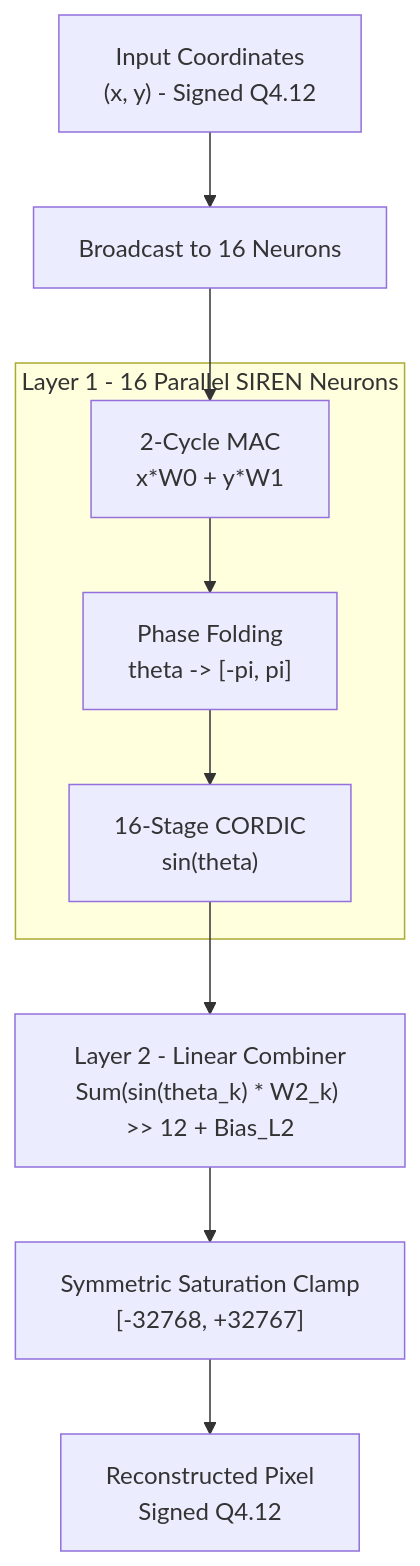
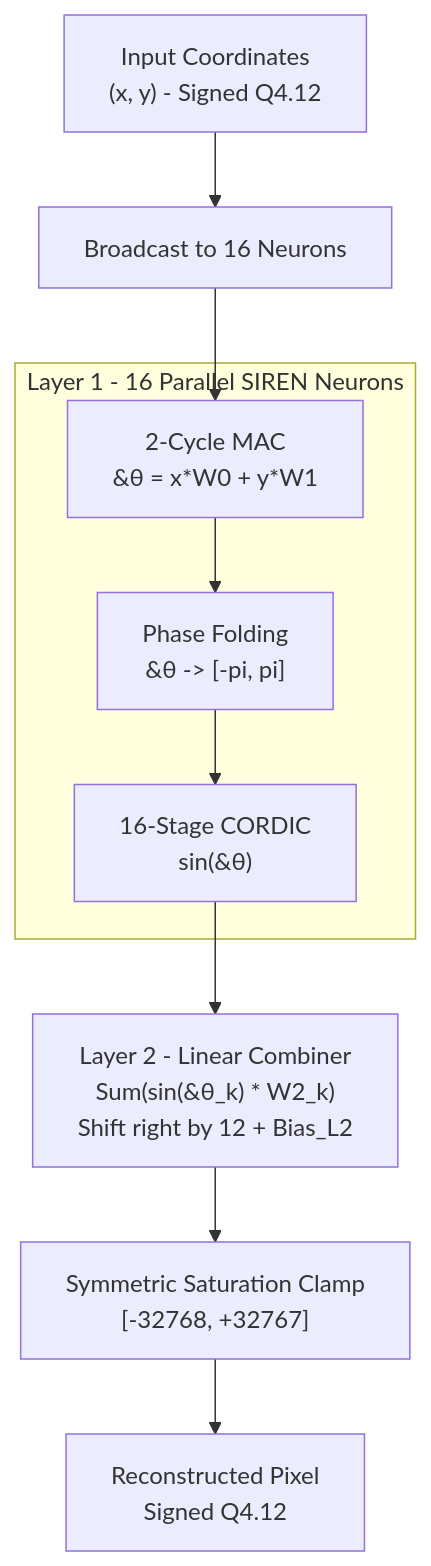
The diagram in README.md (VishKamath/siren-inr-asic-accelerator), drawn with Mermaid before and after one commit.

````diff
--- a/README.md
+++ b/README.md
@@ -35,26 +35,31 @@
 ```mermaid
 flowchart TD
 
     A["Input Coordinates<br/>(x, y) - Signed Q4.12"]
     B["Broadcast to 16 Neurons"]
 
     A --> B
 
     subgraph L1["Layer 1 - 16 Parallel SIREN Neurons"]
-        C["2-Cycle MAC<br/>x*W0 + y*W1"]
-        D["Phase Folding<br/>theta -> [-pi, pi]"]
-        E["16-Stage CORDIC<br/>sin(theta)"]
 
-        C --> D --> E
+        C["2-Cycle MAC<br/>&#952; = x*W0 + y*W1"]
+        D["Phase Folding<br/>&#952; -> [-pi, pi]"]
+        E["16-Stage CORDIC<br/>sin(&#952;)"]
+
+        C --> D
+        D --> E
+
     end
 
     B --> C
 
-    F["Layer 2 - Linear Combiner<br/>Sum(sin(theta_k) * W2_k) >> 12 + Bias_L2"]
+    F["Layer 2 - Linear Combiner<br/>Sum(sin(&#952;_k) * W2_k)<br/>Shift right by 12 + Bias_L2"]
+
     G["Symmetric Saturation Clamp<br/>[-32768, +32767]"]
+
     H["Reconstructed Pixel<br/>Signed Q4.12"]
 
     E --> F
     F --> G
     G --> H
 ```
````
